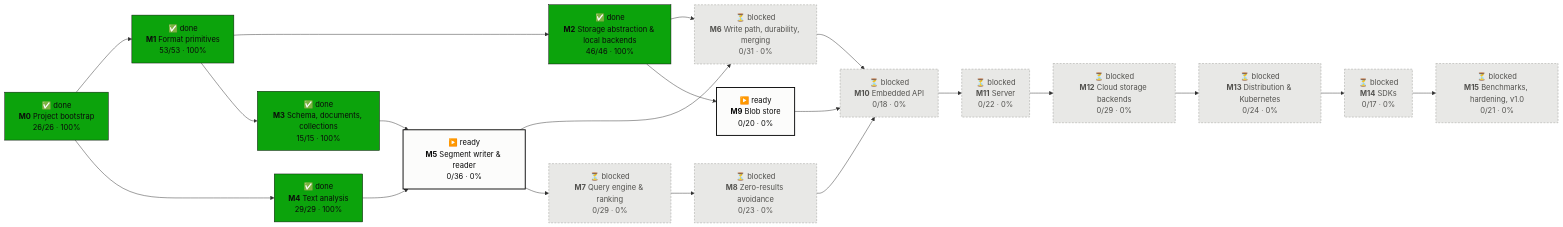
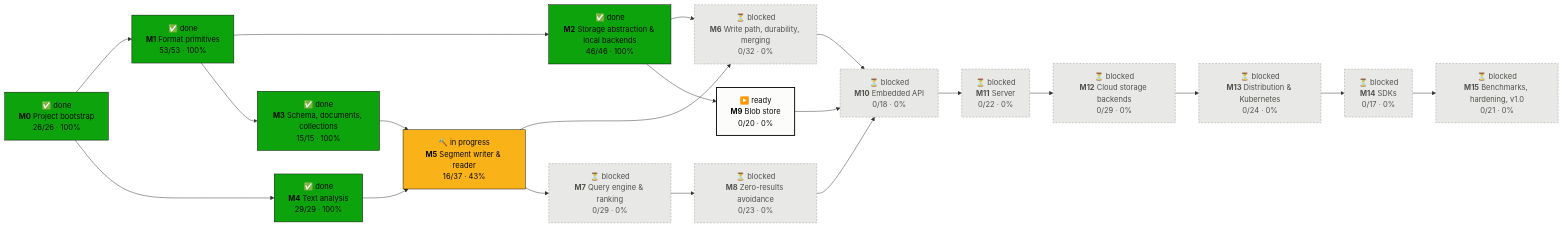
The first of 2 diagrams in PROGRESS.md (tomiok/persiaDB), drawn with Mermaid before and after one commit. The commit also changed other lines of this file and 28 other files, not shown here.

First line of the commit message:
Segment builder and writer (ROADMAP 5.1, 5.2) (#25)

````diff
--- a/PROGRESS.md
+++ b/PROGRESS.md
@@ -16,42 +16,42 @@
 ```mermaid
 flowchart LR
   M0["✅ done<br/><b>M0</b> Project bootstrap<br/>26/26 · 100%"]:::done
   M1["✅ done<br/><b>M1</b> Format primitives<br/>53/53 · 100%"]:::done
   M2["✅ done<br/><b>M2</b> Storage abstraction & local backends<br/>46/46 · 100%"]:::done
   M3["✅ done<br/><b>M3</b> Schema, documents, collections<br/>15/15 · 100%"]:::done
   M4["✅ done<br/><b>M4</b> Text analysis<br/>29/29 · 100%"]:::done
-  M5["▶️ ready<br/><b>M5</b> Segment writer & reader<br/>0/36 · 0%"]:::ready
-  M6["⏳ blocked<br/><b>M6</b> Write path, durability, merging<br/>0/31 · 0%"]:::blocked
+  M5["🔨 in progress<br/><b>M5</b> Segment writer & reader<br/>16/37 · 43%"]:::doing
+  M6["⏳ blocked<br/><b>M6</b> Write path, durability, merging<br/>0/32 · 0%"]:::blocked
   M7["⏳ blocked<br/><b>M7</b> Query engine & ranking<br/>0/29 · 0%"]:::blocked
   M8["⏳ blocked<br/><b>M8</b> Zero-results avoidance<br/>0/23 · 0%"]:::blocked
   M9["▶️ ready<br/><b>M9</b> Blob store<br/>0/20 · 0%"]:::ready
   M10["⏳ blocked<br/><b>M10</b> Embedded API<br/>0/18 · 0%"]:::blocked
   M11["⏳ blocked<br/><b>M11</b> Server<br/>0/22 · 0%"]:::blocked
   M12["⏳ blocked<br/><b>M12</b> Cloud storage backends<br/>0/29 · 0%"]:::blocked
   M13["⏳ blocked<br/><b>M13</b> Distribution & Kubernetes<br/>0/24 · 0%"]:::blocked
   M14["⏳ blocked<br/><b>M14</b> SDKs<br/>0/17 · 0%"]:::blocked
   M15["⏳ blocked<br/><b>M15</b> Benchmarks, hardening, v1.0<br/>0/21 · 0%"]:::blocked
   M0 --> M1
   M1 --> M2
   M1 --> M3
   M0 --> M4
   M3 --> M5
   M4 --> M5
   M2 --> M6
   M5 --> M6
   M5 --> M7
   M7 --> M8
   M2 --> M9
   M6 --> M10
   M8 --> M10
   M9 --> M10
   M10 --> M11
   M11 --> M12
   M12 --> M13
   M13 --> M14
   M14 --> M15
   classDef done fill:#0ca30c,stroke:#0b0b0b,color:#0b0b0b
   classDef doing fill:#fab219,stroke:#0b0b0b,color:#0b0b0b
   classDef ready fill:#fcfcfb,stroke:#0b0b0b,stroke-width:2px,color:#0b0b0b
   classDef blocked fill:#e8e8e6,stroke:#9a9a96,stroke-dasharray:4 3,color:#52514e
 ```
````
